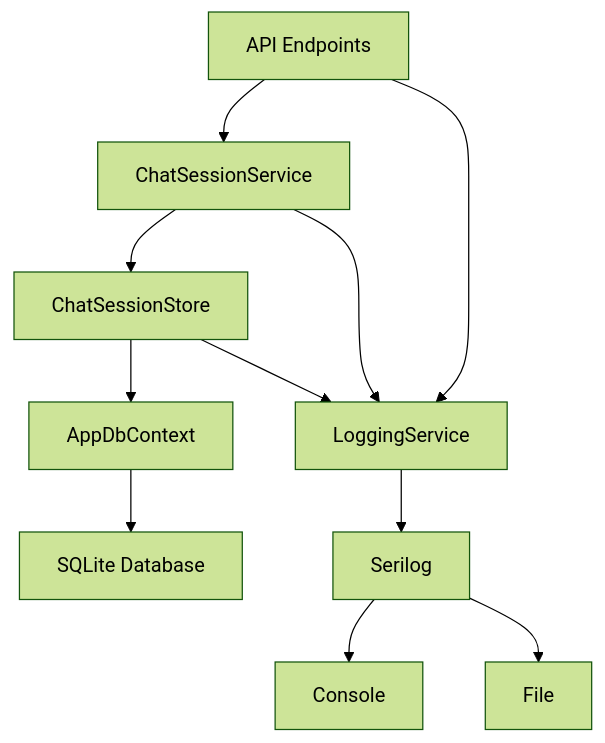
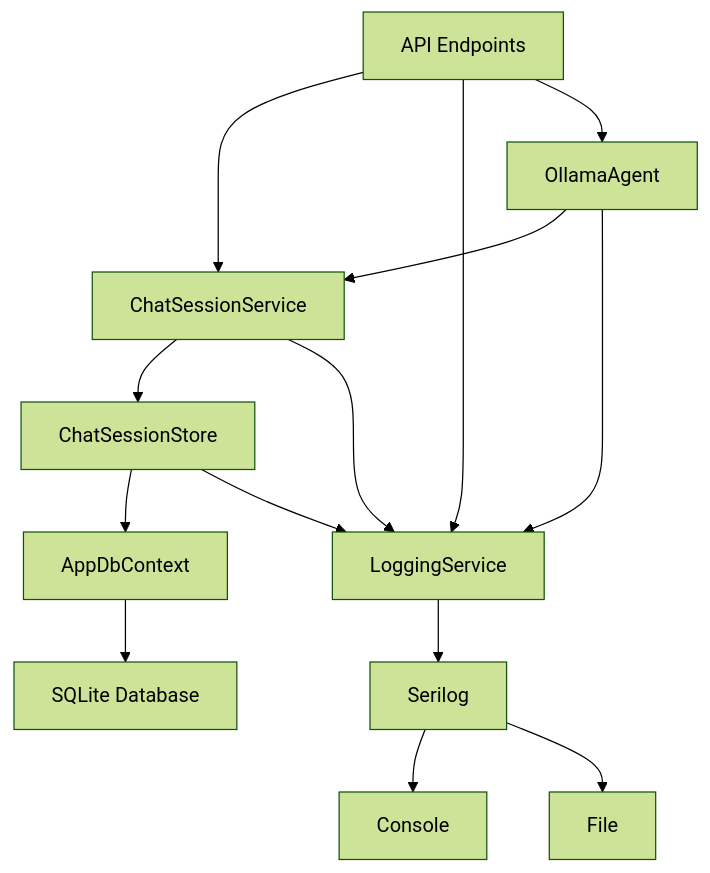
Before and after one commit to vinhthuy2/LlmChat: the diagram in memory-bank/systemPatterns.md, drawn with Mermaid (forest theme). The commit also changed other lines of this file and 8 other files, not shown here.

````diff
--- a/memory-bank/systemPatterns.md
+++ b/memory-bank/systemPatterns.md
@@ -54,13 +69,16 @@
 ```mermaid
 graph TD
     A[API Endpoints] --> B[ChatSessionService]
     B --> C[ChatSessionStore]
     C --> D[AppDbContext]
     D --> E[SQLite Database]
     A --> F[LoggingService]
     B --> F
     C --> F
     F --> G[Serilog]
     G --> H[Console]
     G --> I[File]
+    A --> J[OllamaAgent]
+    J --> B
+    J --> F
 ```
````
